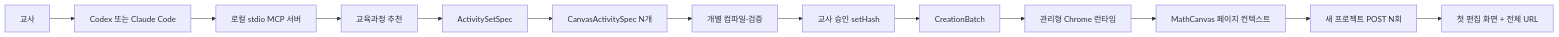
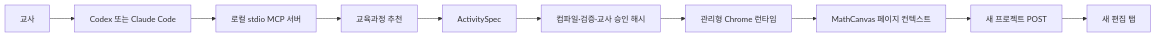
The diagram in docs/ARCHITECTURE.md (kakio426/mathcanvas-ai-authoring), drawn with Mermaid before and after one commit. The commit also changed other lines of this file and 23 other files, not shown here.

````diff
--- a/docs/ARCHITECTURE.md
+++ b/docs/ARCHITECTURE.md
@@ -7,15 +7,12 @@
 ```mermaid
 flowchart LR
   T["교사"] --> A["Codex 또는 Claude Code"]
   A --> M["로컬 stdio MCP 서버"]
   M --> R["교육과정 추천"]
-  R --> S["ActivitySetSpec"]
-  S --> C["CanvasActivitySpec N개"]
-  C --> V["개별 컴파일·검증"]
-  V --> H["교사 승인 setHash"]
-  H --> B["CreationBatch"]
-  B --> P["관리형 Chrome 런타임"]
-  P --> X["MathCanvas 페이지 컨텍스트"]
-  X --> N["새 프로젝트 POST N회"]
-  N --> W["첫 편집 화면 + 전체 URL"]
+  R --> S["ActivitySpec"]
+  S --> V["컴파일·검증·교사 승인 해시"]
+  V --> B["관리형 Chrome 런타임"]
+  B --> P["MathCanvas 페이지 컨텍스트"]
+  P --> N["새 프로젝트 POST"]
+  N --> W["새 편집 탭"]
 ```
````
